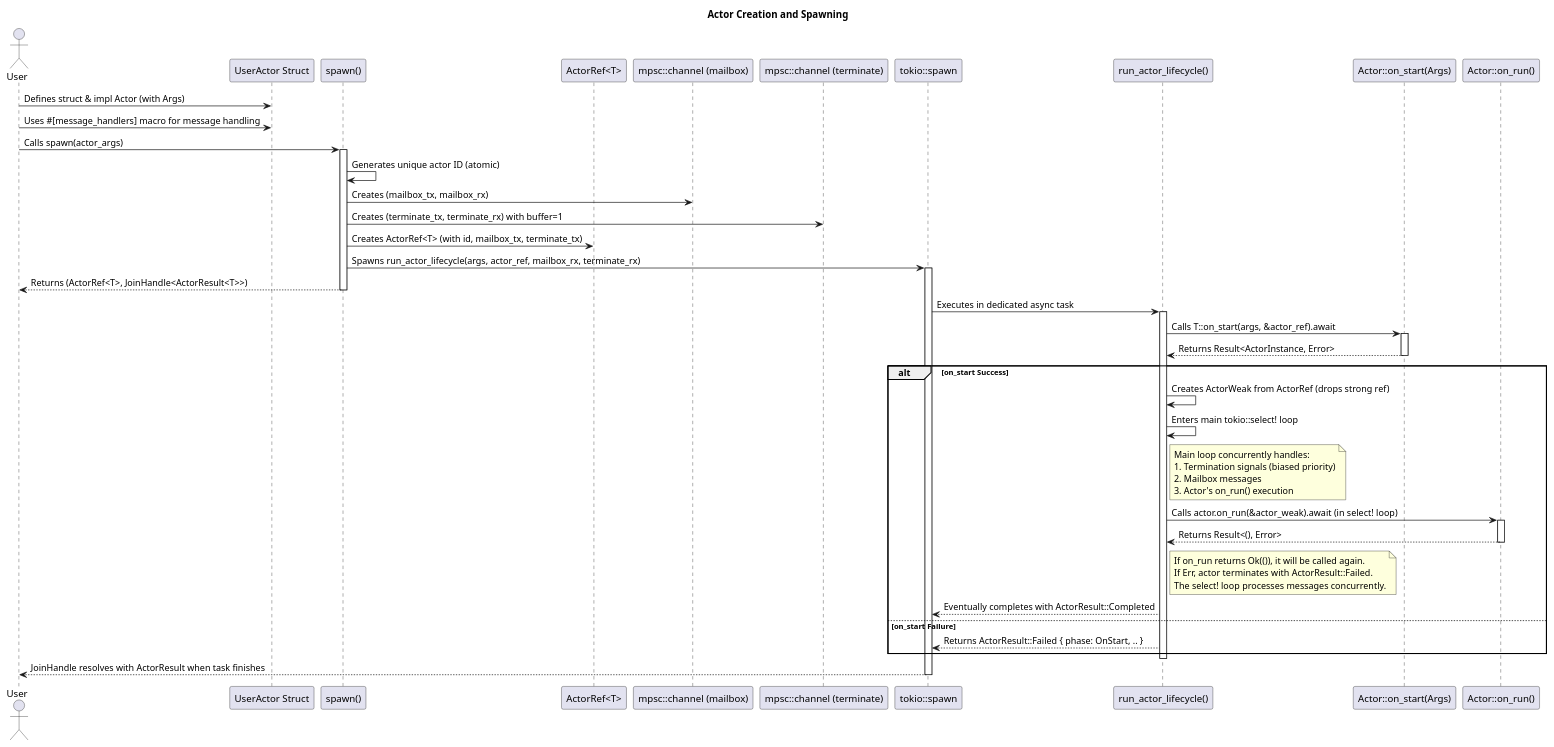
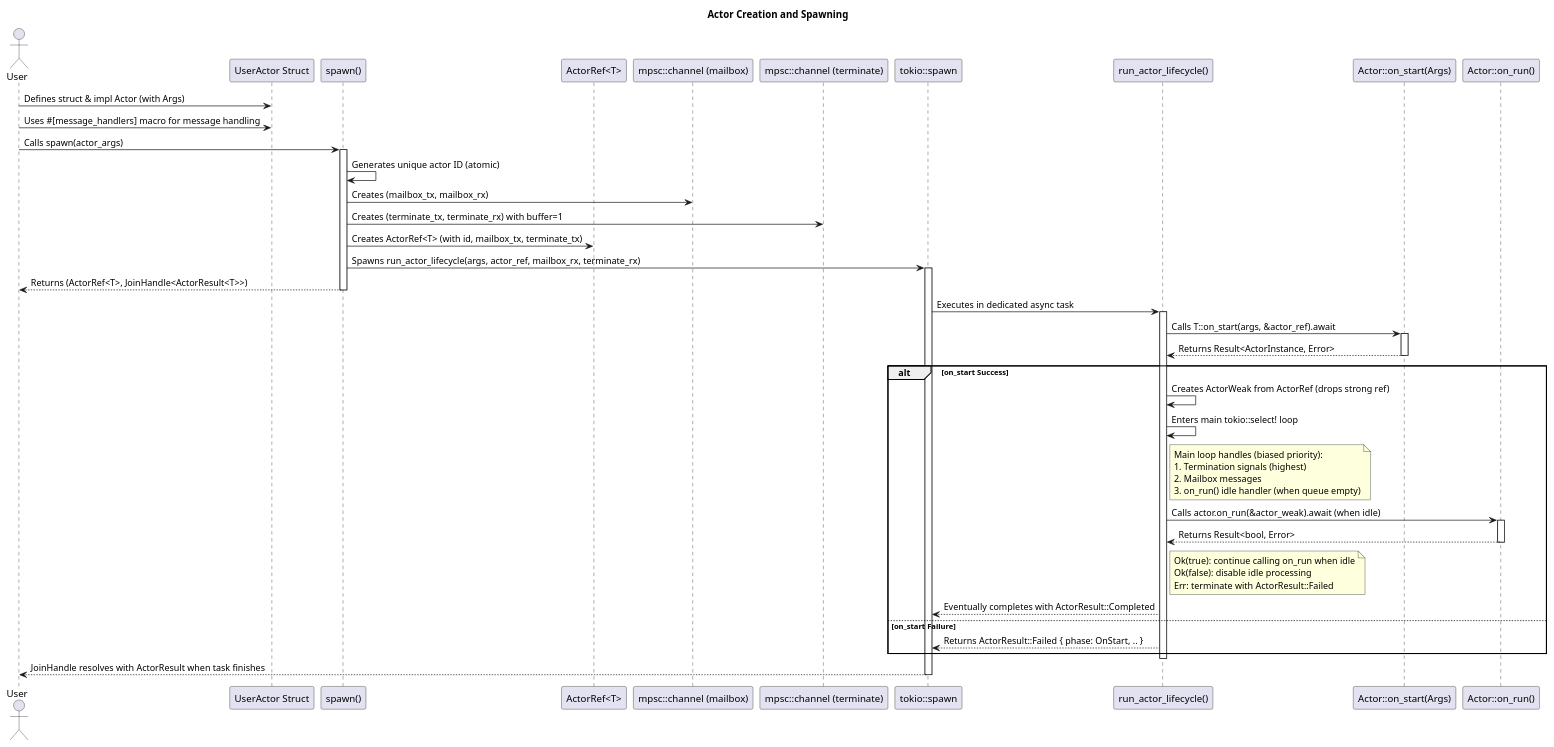
One commit to hiking90/rsactor changed the diagram in docs/creation.puml. Above: the diagram before and after it, drawn with PlantUML. The commit also changed 15 other files, not shown here.

First line of the commit message:
docs: update documentation for v0.13.0 on_run idle handler pattern

```diff
--- a/docs/creation.puml
+++ b/docs/creation.puml
@@ -1,66 +1,66 @@
 @startuml Actor Creation and Spawning
 title Actor Creation and Spawning
 
 actor User
 participant "UserActor Struct" as UserActor
 participant "spawn()" as spawn_func
 participant "ActorRef<T>" as ActorRef_type
 participant "mpsc::channel (mailbox)" as MailboxChannel
 participant "mpsc::channel (terminate)" as TerminateChannel
 participant "tokio::spawn" as tokio_spawn
 participant "run_actor_lifecycle()" as run_lifecycle
 participant "Actor::on_start(Args)" as on_start_method
 participant "Actor::on_run()" as on_run_method
 
 User -> UserActor: Defines struct & impl Actor (with Args)
 User -> UserActor: Uses #[message_handlers] macro for message handling
 User -> spawn_func: Calls spawn(actor_args)
 activate spawn_func
 
 spawn_func -> spawn_func: Generates unique actor ID (atomic)
 spawn_func -> MailboxChannel: Creates (mailbox_tx, mailbox_rx)
 spawn_func -> TerminateChannel: Creates (terminate_tx, terminate_rx) with buffer=1
 spawn_func -> ActorRef_type: Creates ActorRef<T> (with id, mailbox_tx, terminate_tx)
 spawn_func -> tokio_spawn: Spawns run_actor_lifecycle(args, actor_ref, mailbox_rx, terminate_rx)
 activate tokio_spawn
 spawn_func --> User: Returns (ActorRef<T>, JoinHandle<ActorResult<T>>)
 deactivate spawn_func
 
 tokio_spawn -> run_lifecycle: Executes in dedicated async task
 activate run_lifecycle
 run_lifecycle -> on_start_method: Calls T::on_start(args, &actor_ref).await
 activate on_start_method
 on_start_method --> run_lifecycle: Returns Result<ActorInstance, Error>
 deactivate on_start_method
 
 alt on_start Success
   run_lifecycle -> run_lifecycle: Creates ActorWeak from ActorRef (drops strong ref)
   run_lifecycle -> run_lifecycle: Enters main tokio::select! loop
   note right of run_lifecycle
-    Main loop concurrently handles:
-    1. Termination signals (biased priority)
+    Main loop handles (biased priority):
+    1. Termination signals (highest)
     2. Mailbox messages
-    3. Actor's on_run() execution
+    3. on_run() idle handler (when queue empty)
   end note
 
-  run_lifecycle -> on_run_method: Calls actor.on_run(&actor_weak).await (in select! loop)
+  run_lifecycle -> on_run_method: Calls actor.on_run(&actor_weak).await (when idle)
   activate on_run_method
-  on_run_method --> run_lifecycle: Returns Result<(), Error>
+  on_run_method --> run_lifecycle: Returns Result<bool, Error>
   deactivate on_run_method
 
   note right of run_lifecycle
-    If on_run returns Ok(()), it will be called again.
-    If Err, actor terminates with ActorResult::Failed.
-    The select! loop processes messages concurrently.
+    Ok(true): continue calling on_run when idle
+    Ok(false): disable idle processing
+    Err: terminate with ActorResult::Failed
   end note
 
   run_lifecycle --> tokio_spawn: Eventually completes with ActorResult::Completed
 else on_start Failure
   run_lifecycle --> tokio_spawn: Returns ActorResult::Failed { phase: OnStart, .. }
 end
 
 deactivate run_lifecycle
 tokio_spawn --> User: JoinHandle resolves with ActorResult when task finishes
 deactivate tokio_spawn
 
 @enduml
```
